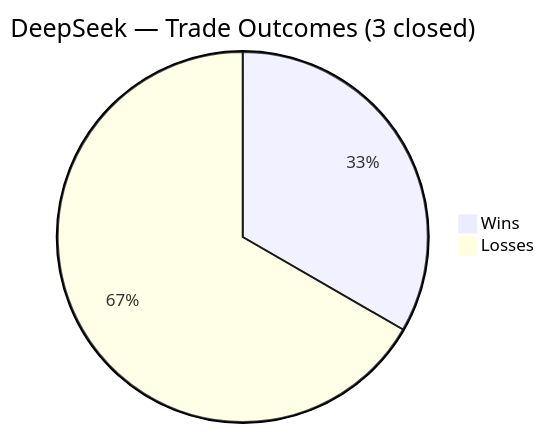
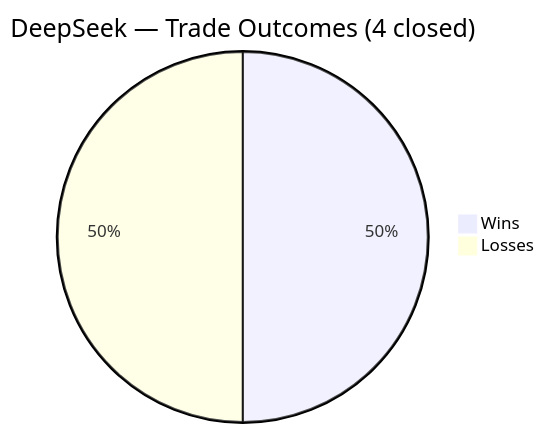
One commit to zachisit/ai-auto-buy-thesis changed the fourth of 5 diagrams in README.md. Above: the diagram before and after it, drawn with Mermaid. The commit also changed other lines of this file and 2 other files, not shown here.

````diff
--- a/README.md
+++ b/README.md
@@ -53,5 +53,5 @@
 ```mermaid
-pie title DeepSeek — Trade Outcomes (3 closed)
-    "Wins" : 1
+pie title DeepSeek — Trade Outcomes (4 closed)
+    "Wins" : 2
     "Losses" : 2
 ```
````
